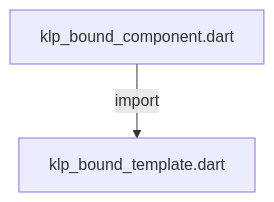
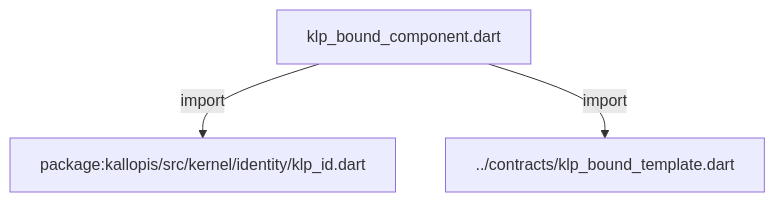
The first of 2 diagrams in docs/architecture/src/foundation/binding/internal/klp_bound_component.md (MiuDog/Kallopis), drawn with Mermaid before and after one commit. The commit also changed other lines of this file and 9688 other files, not shown here.

Commit message:
Prepare isolated Flow F2 peer baseline

````diff
--- a/docs/architecture/src/foundation/binding/internal/klp_bound_component.md
+++ b/docs/architecture/src/foundation/binding/internal/klp_bound_component.md
@@ -11,6 +11,8 @@
 ```mermaid
 flowchart TD
 	n0["klp_bound_component.dart"]
-	n1["klp_bound_template.dart"]
+	n1["package:kallopis/src/kernel/identity/klp_id.dart"]
+	n2["../contracts/klp_bound_template.dart"]
 	n0 -->|"import"| n1
+	n0 -->|"import"| n2
 ```
````
